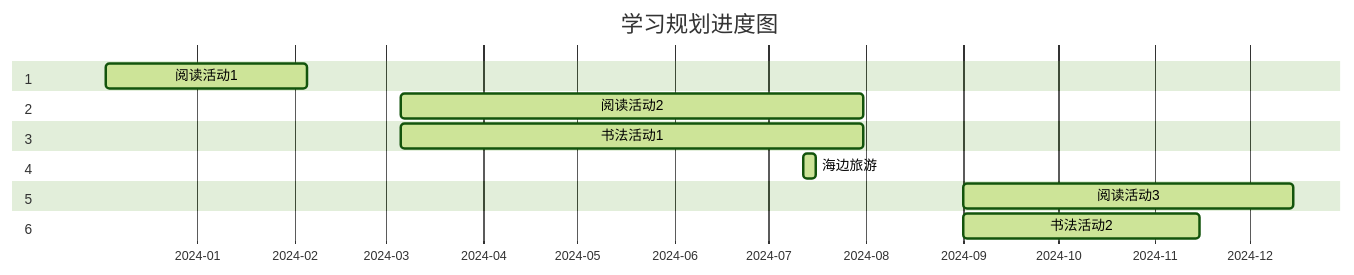
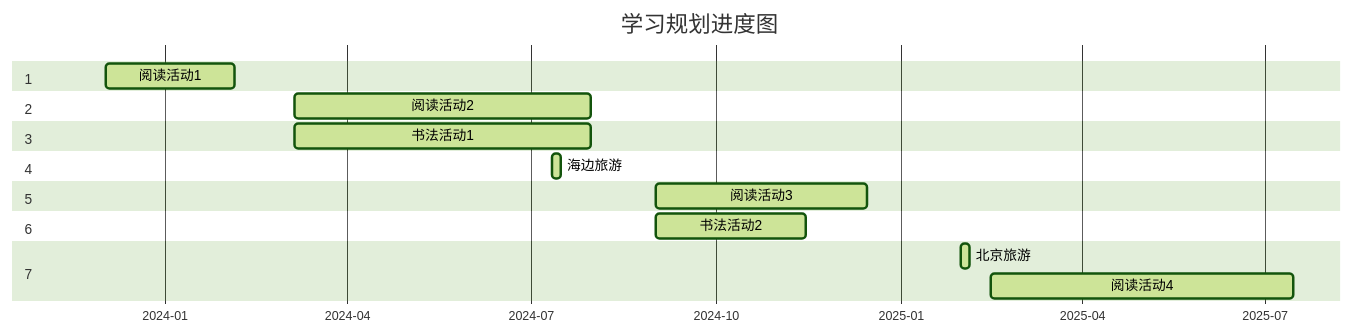
One commit to mushroom-cn/mushroom-cn.github.io changed the diagram in index.md. Above: the diagram before and after it, drawn with Mermaid. The commit also changed other lines of this file and 4 other files, not shown here.

````diff
--- a/index.md
+++ b/index.md
@@ -17,21 +12,25 @@
 ```mermaid
 gantt
 %%{init: { 'logLevel': 'debug', 'theme': 'forest' } }%%
     title       学习规划进度图
     dateFormat  YYYY-MM-DD
     axisFormat  %Y-%m
 
     section 1
         阅读活动1               :active,  2023-12-03, 2024-02-05
     section 2
         阅读活动2               :active,  2024-03-06, 2024-07-31
     section 3
         书法活动1               :active,  2024-03-06, 2024-07-31
     section 4
         海边旅游                :active,  2024-07-12, 2024-07-16
     section 5
         阅读活动3               :active,  2024-09-01, 2024-12-15
     section 6
         书法活动2               :active,  2024-09-01, 2024-11-15
+    section 7
+        北京旅游                :active,  2025-01-31, 2025-02-04
+    section 7
+        阅读活动4               :active,  2025-02-15, 2025-07-15
 
 ```
````
